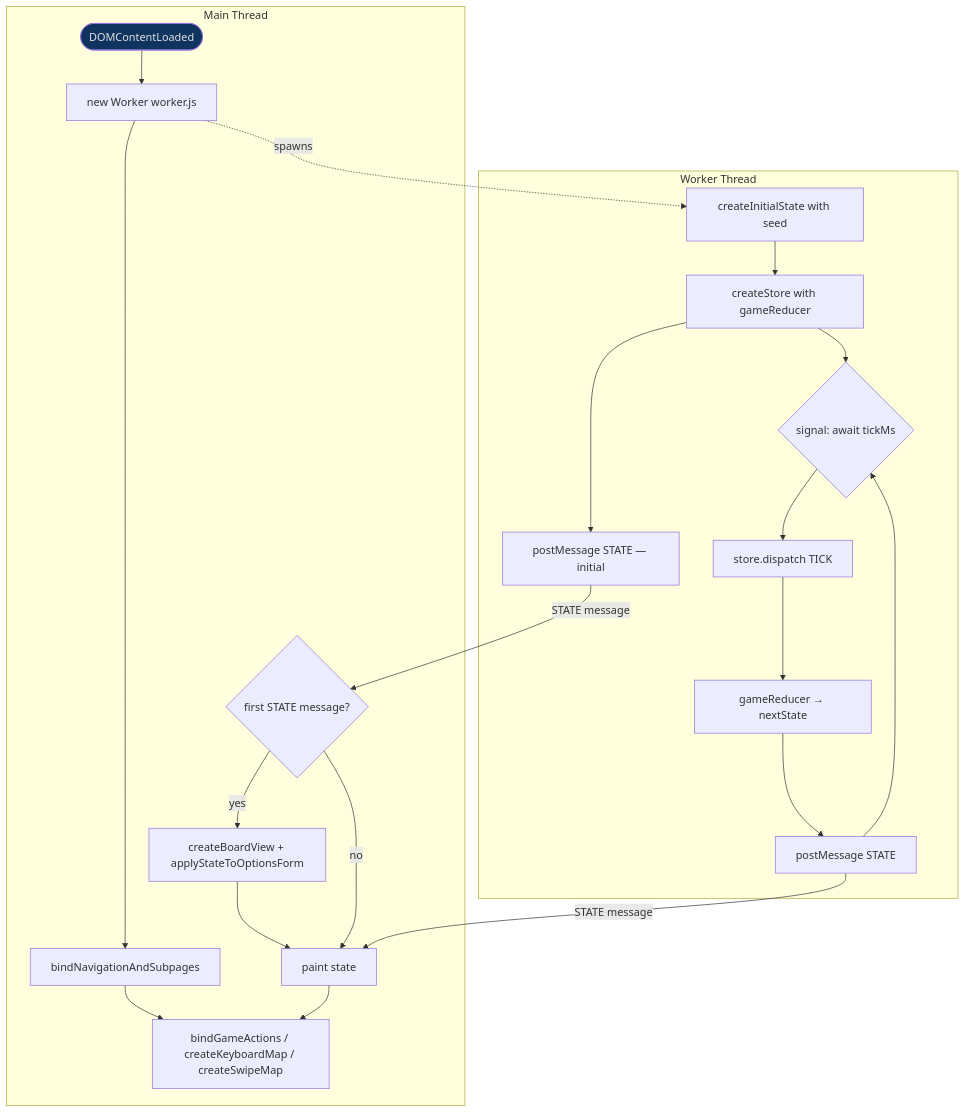
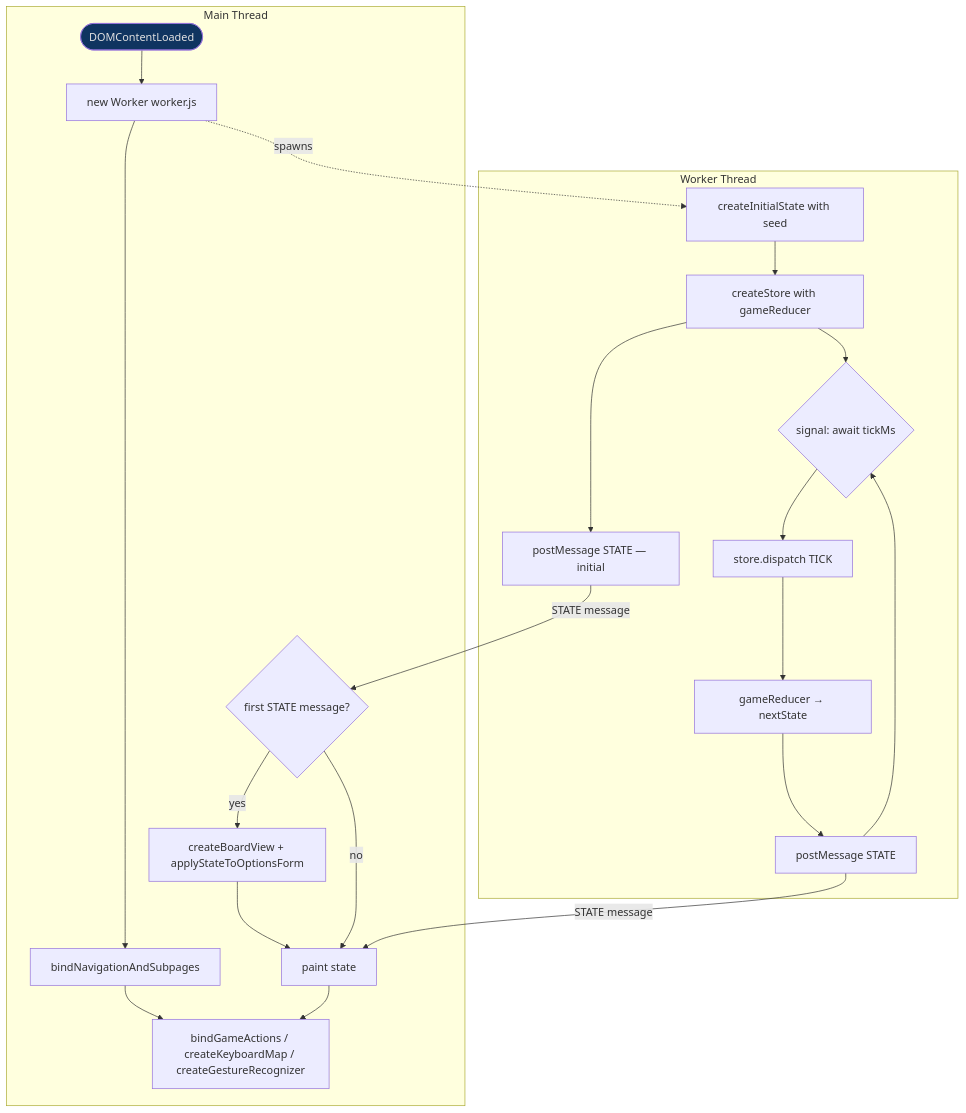
The seventh of 15 diagrams in doc/software_architecture.md (OMerkel/TetrominoStacking), drawn with Mermaid before and after one commit. The commit also changed other lines of this file and 11 other files, not shown here.

````diff
--- a/doc/software_architecture.md
+++ b/doc/software_architecture.md
@@ -430,43 +668,43 @@
 ```mermaid
 flowchart TD
   subgraph MainThread["Main Thread"]
     A([DOMContentLoaded])
     B["new Worker worker.js"]
     C[bindNavigationAndSubpages]
-    D[bindGameActions / createKeyboardMap / createSwipeMap]
+    D[bindGameActions / createKeyboardMap / createGestureRecognizer]
     E{"first STATE message?"}
     F[createBoardView + applyStateToOptionsForm]
     G[paint state]
   end
 
   subgraph WorkerThread["Worker Thread"]
     W1["createInitialState with seed"]
     W2["createStore with gameReducer"]
     W3[postMessage STATE — initial]
     W4{"signal: await tickMs"}
     W5["store.dispatch TICK"]
     W6["gameReducer → nextState"]
     W7[postMessage STATE]
   end
 
   A --> B
   B --> C
   C --> D
   B -.->|spawns| W1
   W1 --> W2
   W2 --> W3
   W3 -->|STATE message| E
   E -- yes --> F
   F --> G
   E -- no --> G
   G --> D
 
   W2 --> W4
   W4 --> W5
   W5 --> W6
   W6 --> W7
   W7 -->|STATE message| G
   W7 --> W4
 
   style A fill:#0f3460,color:#e0e0e0
 ```
````
